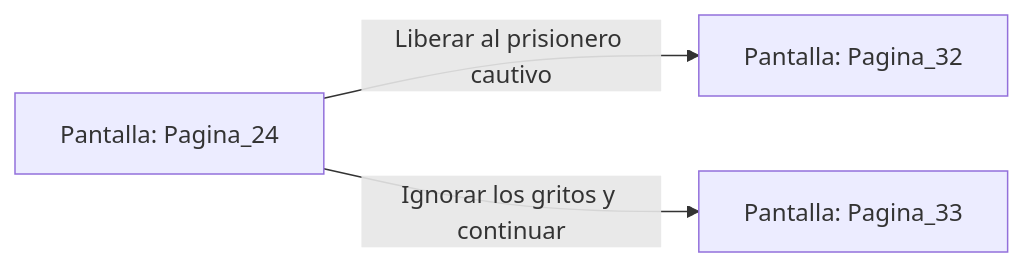
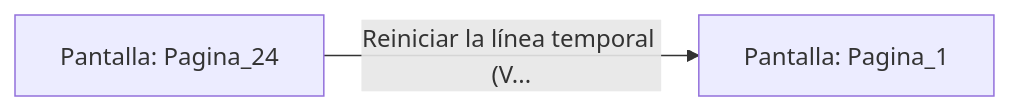
The diagram in sample/eligejuego-vault/Pantalla_Pagina_24.md (metsuke/mpl), drawn with Mermaid before and after one commit. The commit also changed other lines of this file and 635 other files, not shown here.

First line of the commit message:
fix: añadir Pagina_1 como pantalla inicial en capitulo_01.mpl

````diff
--- a/sample/eligejuego-vault/Pantalla_Pagina_24.md
+++ b/sample/eligejuego-vault/Pantalla_Pagina_24.md
@@ -17,6 +17,5 @@
 ```mermaid
 graph LR
     P_Pagina_24["Pantalla: Pagina_24"]
-    P_Pagina_24 -->|"Liberar al prisionero cautivo"| P_Pagina_32["Pantalla: Pagina_32"]
-    P_Pagina_24 -->|"Ignorar los gritos y continuar"| P_Pagina_33["Pantalla: Pagina_33"]
+    P_Pagina_24 -->|"Reiniciar la línea temporal (V..."| P_Pagina_1["Pantalla: Pagina_1"]
 ```
````
